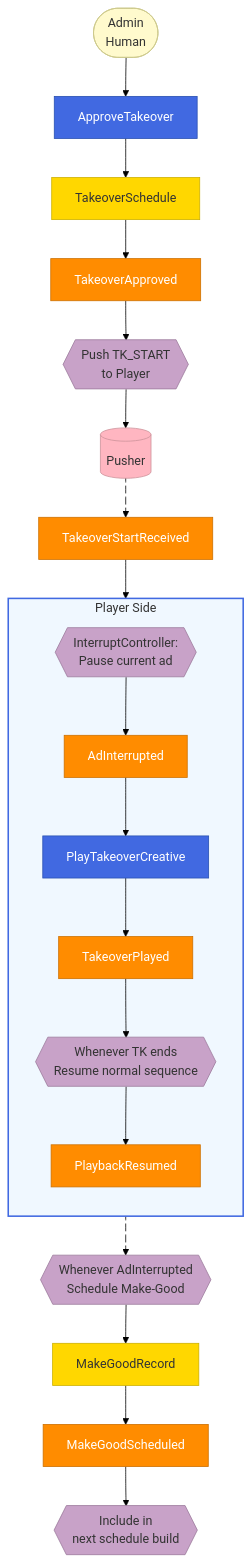
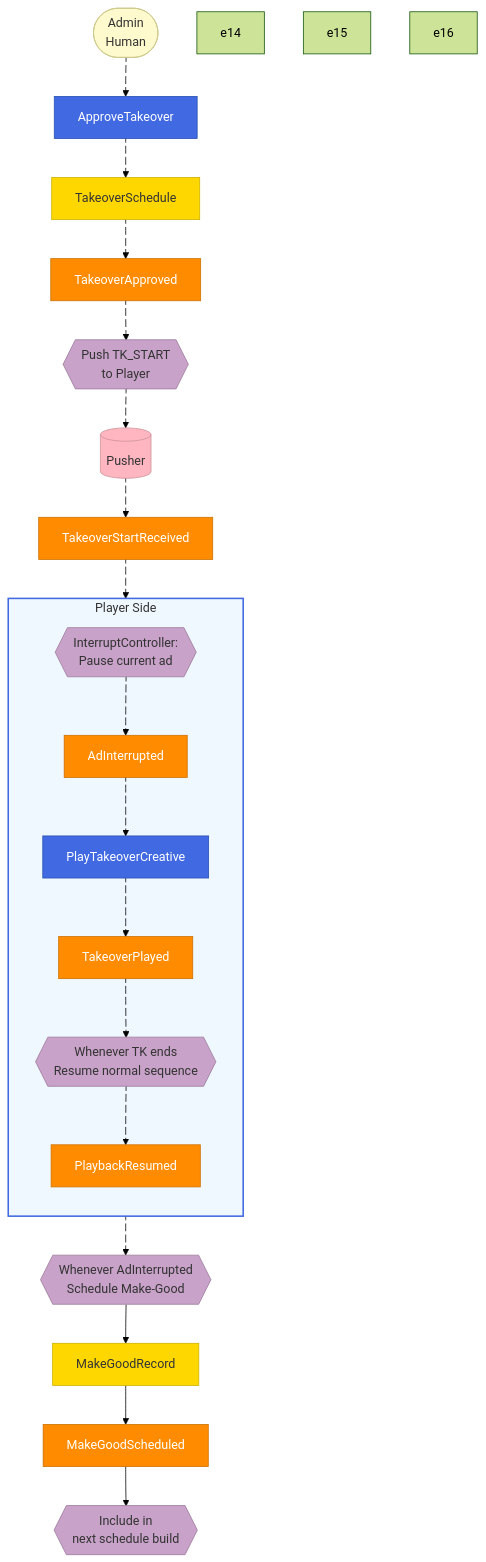
Before and after one commit to wasikarn/jira-generator: the diagram in scripts/diagrams/10-3-process-takeover.mmd, drawn with Mermaid (forest theme). The commit also changed 15 other files, not shown here.

First line of the commit message:
feat: add edge animations to all flowchart diagrams across Sections 4-11

```diff
--- a/scripts/diagrams/10-3-process-takeover.mmd
+++ b/scripts/diagrams/10-3-process-takeover.mmd
@@ -1,75 +1,89 @@
 flowchart TD
     A_ADMIN(["Admin<br/>Human"])
     C_APPROVE["ApproveTakeover"]
     AGG_TK["TakeoverSchedule"]
     E_APPROVED["TakeoverApproved"]
     POL_NOTIFY{{"Push TK_START<br/>to Player"}}
     EXT_PUSHER[("Pusher")]
     E_TK_START["TakeoverStartReceived"]
 
     subgraph PLAYER["Player Side"]
         direction TB
         POL_IC{{"InterruptController:<br/>Pause current ad"}}
         E_INTERRUPTED["AdInterrupted"]
         C_PLAY_TK["PlayTakeoverCreative"]
         E_TK_PLAYED["TakeoverPlayed"]
         POL_RESUME{{"Whenever TK ends<br/>Resume normal sequence"}}
         E_RESUMED["PlaybackResumed"]
     end
 
     POL_MG{{"Whenever AdInterrupted<br/>Schedule Make-Good"}}
     AGG_MG["MakeGoodRecord"]
     E_MG["MakeGoodScheduled"]
     POL_NEXT{{"Include in<br/>next schedule build"}}
 
-    A_ADMIN --> C_APPROVE
-    C_APPROVE --> AGG_TK
-    AGG_TK --> E_APPROVED
-    E_APPROVED --> POL_NOTIFY
-    POL_NOTIFY --> EXT_PUSHER
+    A_ADMIN e3@--> C_APPROVE
+    C_APPROVE e4@--> AGG_TK
+    AGG_TK e5@--> E_APPROVED
+    E_APPROVED e6@--> POL_NOTIFY
+    POL_NOTIFY e7@--> EXT_PUSHER
     EXT_PUSHER e1@--> E_TK_START
-    E_TK_START --> POL_IC
-    POL_IC --> E_INTERRUPTED
-    E_INTERRUPTED --> C_PLAY_TK
-    C_PLAY_TK --> E_TK_PLAYED
-    E_TK_PLAYED --> POL_RESUME
-    POL_RESUME --> E_RESUMED
+    E_TK_START e8@--> POL_IC
+    POL_IC e9@--> E_INTERRUPTED
+    E_INTERRUPTED e10@--> C_PLAY_TK
+    C_PLAY_TK e11@--> E_TK_PLAYED
+    E_TK_PLAYED e12@--> POL_RESUME
+    POL_RESUME e13@--> E_RESUMED
 
     E_INTERRUPTED e2@--> POL_MG
     e1@{ animation: slow }
     e2@{ animation: fast }
-    POL_MG --> AGG_MG
-    AGG_MG --> E_MG
-    E_MG --> POL_NEXT
+    e3@{ animation: fast }
+    e4@{ animation: fast }
+    e5@{ animation: fast }
+    e6@{ animation: fast }
+    e7@{ animation: slow }
+    e8@{ animation: fast }
+    e9@{ animation: fast }
+    e10@{ animation: fast }
+    e11@{ animation: fast }
+    e12@{ animation: fast }
+    e13@{ animation: fast }
+    e14@{ animation: fast }
+    e15@{ animation: fast }
+    e16@{ animation: fast }
+    POL_MG e14@--> AGG_MG
+    AGG_MG e15@--> E_MG
+    E_MG e16@--> POL_NEXT
 
     %% Events - Orange
     style E_APPROVED fill:#FF8C00,stroke:#CC7000,color:#fff
     style E_TK_START fill:#FF8C00,stroke:#CC7000,color:#fff
     style E_INTERRUPTED fill:#FF8C00,stroke:#CC7000,color:#fff
     style E_TK_PLAYED fill:#FF8C00,stroke:#CC7000,color:#fff
     style E_RESUMED fill:#FF8C00,stroke:#CC7000,color:#fff
     style E_MG fill:#FF8C00,stroke:#CC7000,color:#fff
 
     %% Commands - Blue
     style C_APPROVE fill:#4169E1,stroke:#2850B0,color:#fff
     style C_PLAY_TK fill:#4169E1,stroke:#2850B0,color:#fff
 
     %% Aggregates - Yellow
     style AGG_TK fill:#FFD700,stroke:#CCB000,color:#333
     style AGG_MG fill:#FFD700,stroke:#CCB000,color:#333
 
     %% Policies - Lilac
     style POL_NOTIFY fill:#C8A2C8,stroke:#9B7A9B,color:#333
     style POL_IC fill:#C8A2C8,stroke:#9B7A9B,color:#333
     style POL_RESUME fill:#C8A2C8,stroke:#9B7A9B,color:#333
     style POL_MG fill:#C8A2C8,stroke:#9B7A9B,color:#333
     style POL_NEXT fill:#C8A2C8,stroke:#9B7A9B,color:#333
 
     %% Actor - Light Yellow
     style A_ADMIN fill:#FFFACD,stroke:#CCC88A,color:#333
 
     %% External - Pink
     style EXT_PUSHER fill:#FFB6C1,stroke:#CC929A,color:#333
 
     %% Player subgraph
     style PLAYER fill:#f0f8ff,stroke:#4169E1,stroke-width:2px
```
